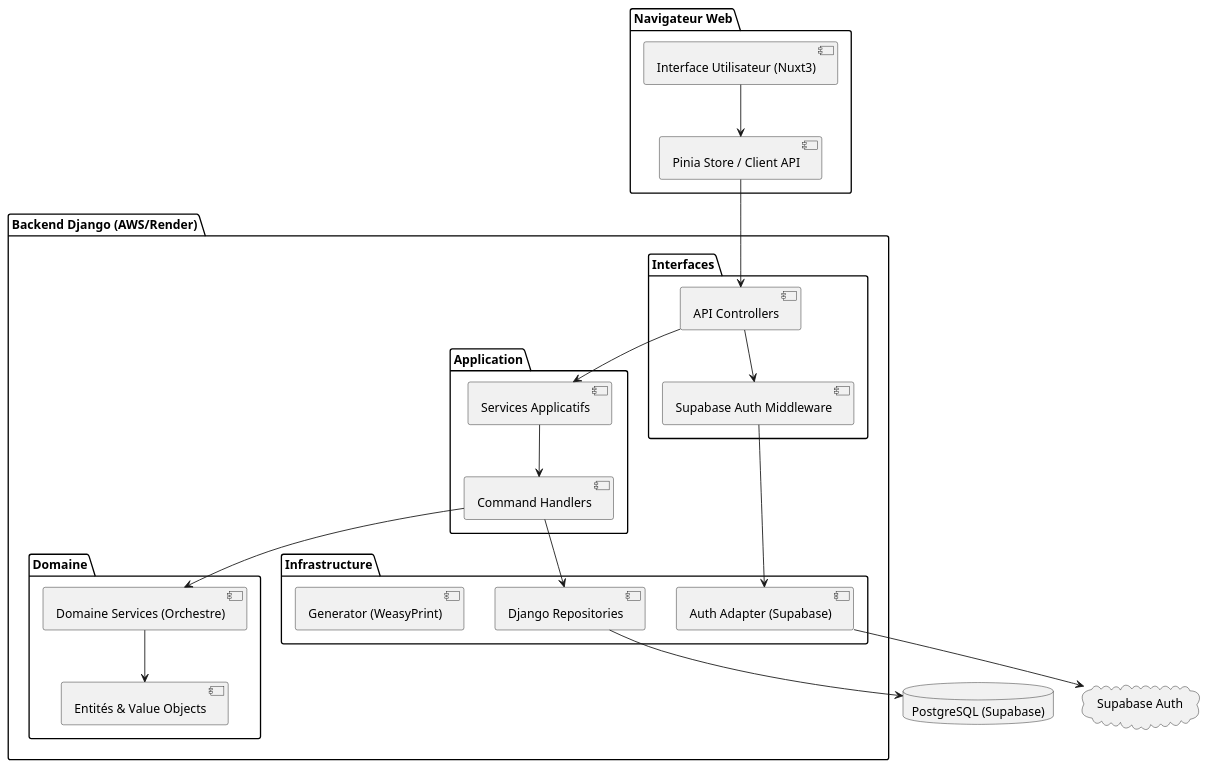
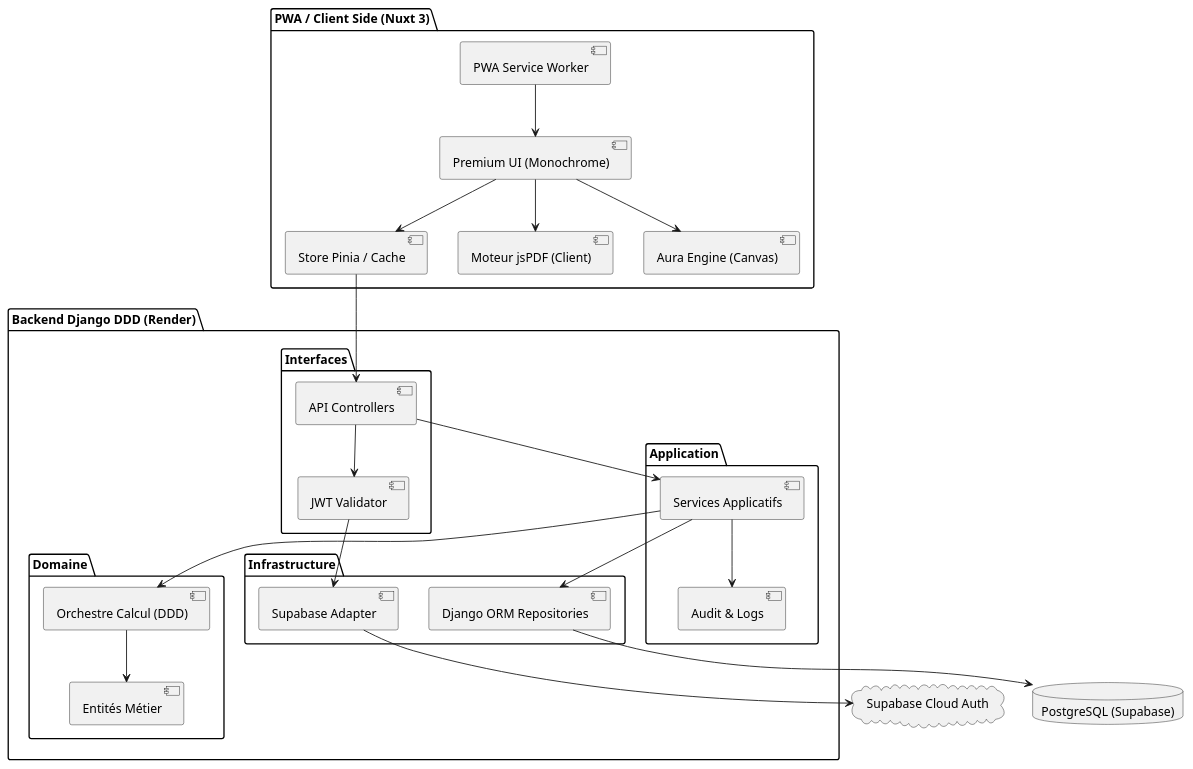
The diagram in docs/uml/uml2/component_diagram.puml (taigerdev45/bull), drawn with PlantUML before and after one commit. The commit also changed 2 other files, not shown here.

Commit message:
Docs: Update project memory (Recap) and PUML diagrams (v2.5)

```diff
--- a/docs/uml/uml2/component_diagram.puml
+++ b/docs/uml/uml2/component_diagram.puml
@@ -1,46 +1,51 @@
 @startuml ComponentDiagram
 skinparam componentStyle uml2
 
-package "Navigateur Web" {
-  [Interface Utilisateur (Nuxt3)] as UI
-  [Pinia Store / Client API] as Store
+package "PWA / Client Side (Nuxt 3)" {
+  [Premium UI (Monochrome)] as UI
+  [PWA Service Worker] as PWA
+  [Store Pinia / Cache] as Store
+  [Moteur jsPDF (Client)] as jsPDF
+  [Aura Engine (Canvas)] as Aura
 }
 
-package "Backend Django (AWS/Render)" {
+package "Backend Django DDD (Render)" {
   folder "Interfaces" {
     [API Controllers] as API
-    [Supabase Auth Middleware] as AuthMid
+    [JWT Validator] as AuthMid
   }
   
   folder "Application" {
     [Services Applicatifs] as Svc
-    [Command Handlers] as Cmd
+    [Audit & Logs] as Audit
   }
   
   folder "Domaine" {
-    [Entités & Value Objects] as Domain
-    [Domaine Services (Orchestre)] as Calc
+    [Orchestre Calcul (DDD)] as Calc
+    [Entités Métier] as Domain
   }
   
   folder "Infrastructure" {
-    [Django Repositories] as Repo
-    [Auth Adapter (Supabase)] as AuthSvc
-    [Generator (WeasyPrint)] as PDF
+    [Django ORM Repositories] as Repo
+    [Supabase Adapter] as AuthSvc
   }
 }
 
 database "PostgreSQL (Supabase)" as DB
-cloud "Supabase Auth" as SupaAuth
+cloud "Supabase Cloud Auth" as SupaAuth
 
+PWA --> UI
+UI --> Aura
+UI --> jsPDF
 UI --> Store
 Store --> API
 API --> AuthMid
 AuthMid --> AuthSvc
 API --> Svc
-Svc --> Cmd
-Cmd --> Calc
+Svc --> Audit
+Svc --> Calc
 Calc --> Domain
-Cmd --> Repo
+Svc --> Repo
 Repo --> DB
 AuthSvc --> SupaAuth
 @enduml
```
